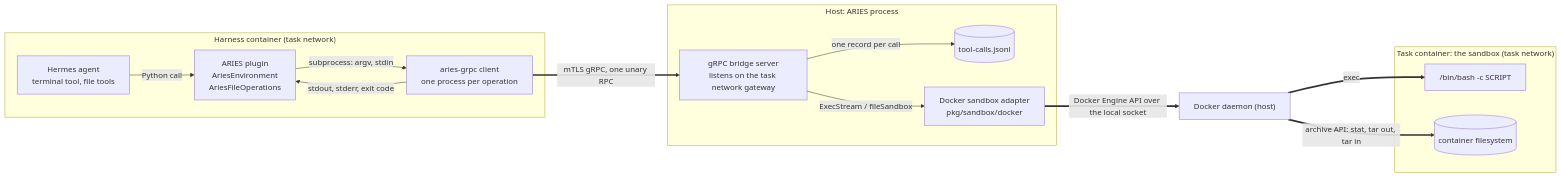
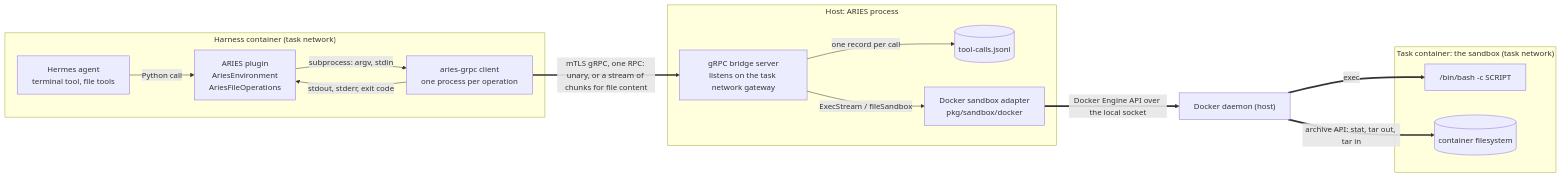
The first of 6 diagrams in docs/design/grpc-route.md (hyscale-lab/ARIES), drawn with Mermaid before and after one commit. The commit also changed other lines of this file and 2 other files, not shown here.

````diff
--- a/docs/design/grpc-route.md
+++ b/docs/design/grpc-route.md
@@ -14,31 +14,31 @@
 ```mermaid
 flowchart LR
     subgraph HC["Harness container (task network)"]
         H["Hermes agent<br/>terminal tool, file tools"]
         P["ARIES plugin<br/>AriesEnvironment<br/>AriesFileOperations"]
         C["aries-grpc client<br/>one process per operation"]
         H -->|"Python call"| P
         P -->|"subprocess: argv, stdin"| C
         C -->|"stdout, stderr, exit code"| P
     end
 
     subgraph AP["Host: ARIES process"]
         B["gRPC bridge server<br/>listens on the task network gateway"]
         A[("tool-calls.jsonl")]
         S["Docker sandbox adapter<br/>pkg/sandbox/docker"]
         B -->|"one record per call"| A
         B -->|"ExecStream / fileSandbox"| S
     end
 
     D["Docker daemon (host)"]
 
     subgraph TC["Task container: the sandbox (task network)"]
         X["/bin/bash -c SCRIPT"]
         F[("container filesystem")]
     end
 
-    C ==>|"mTLS gRPC, one unary RPC"| B
+    C ==>|"mTLS gRPC, one RPC: unary, or a stream of chunks for file content"| B
     S ==>|"Docker Engine API over the local socket"| D
     D ==>|"exec"| X
     D ==>|"archive API: stat, tar out, tar in"| F
 ```
````
